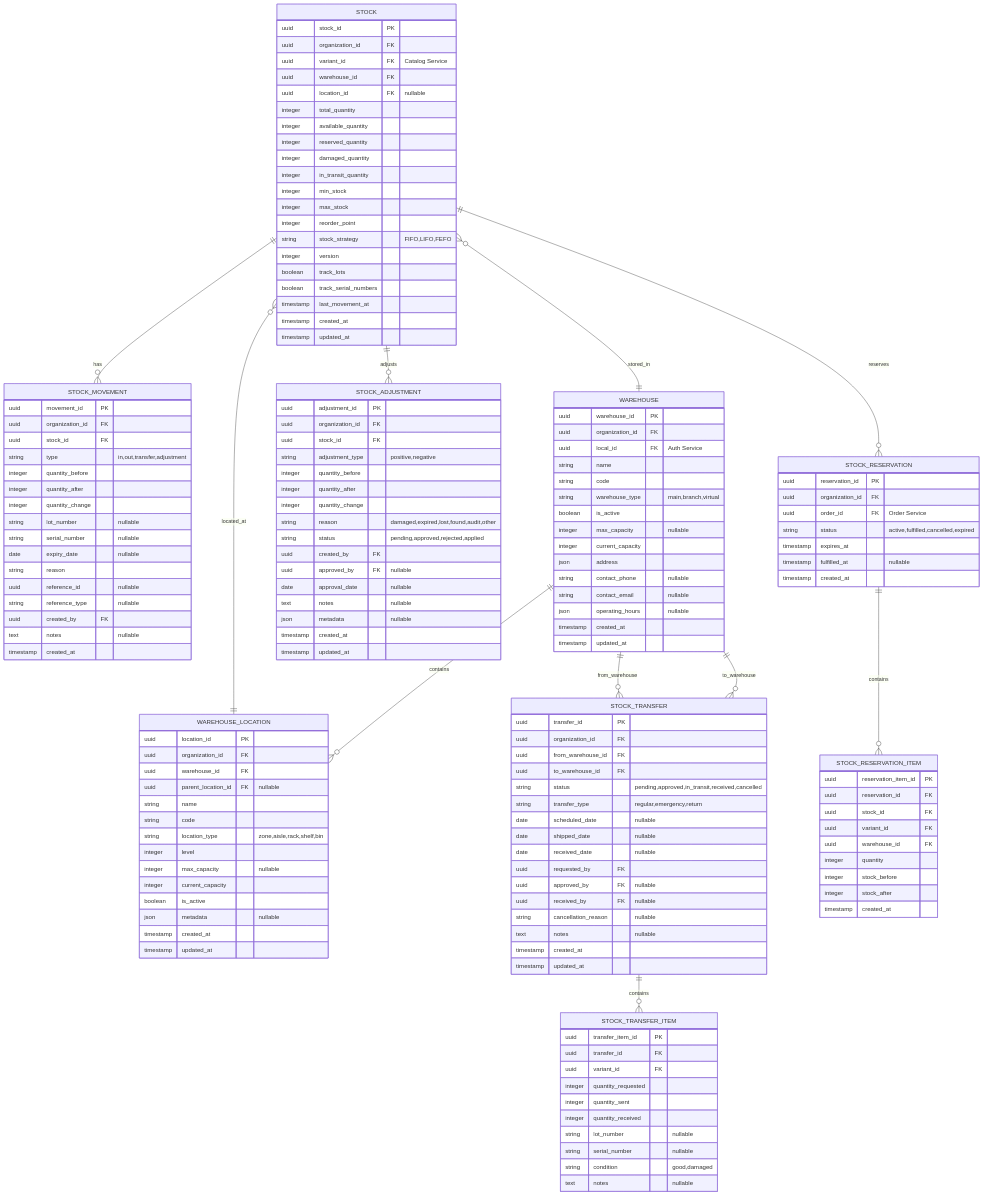
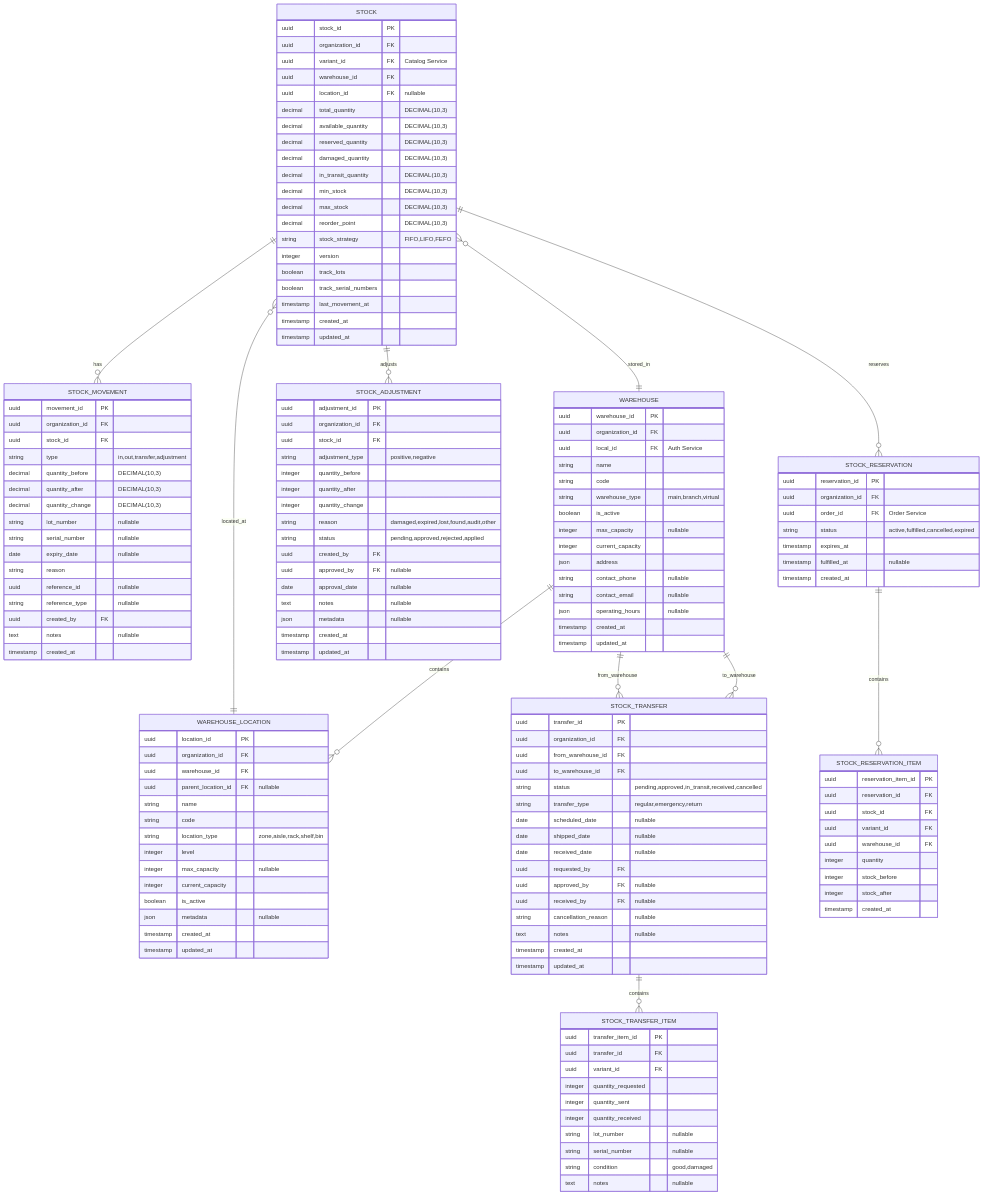
The diagram in documentacion/docs/02-microservicios/inventory-service/03-modelo-datos.md (captainsparrow10/zenlogic), drawn with Mermaid before and after one commit. The commit also changed other lines of this file and 48 other files, not shown here.

```diff
--- a/documentacion/docs/02-microservicios/inventory-service/03-modelo-datos.md
+++ b/documentacion/docs/02-microservicios/inventory-service/03-modelo-datos.md
@@ -27,14 +40,14 @@
         uuid variant_id FK "Catalog Service"
         uuid warehouse_id FK
         uuid location_id FK "nullable"
-        integer total_quantity
-        integer available_quantity
-        integer reserved_quantity
-        integer damaged_quantity
-        integer in_transit_quantity
-        integer min_stock
-        integer max_stock
-        integer reorder_point
+        decimal total_quantity "DECIMAL(10,3)"
+        decimal available_quantity "DECIMAL(10,3)"
+        decimal reserved_quantity "DECIMAL(10,3)"
+        decimal damaged_quantity "DECIMAL(10,3)"
+        decimal in_transit_quantity "DECIMAL(10,3)"
+        decimal min_stock "DECIMAL(10,3)"
+        decimal max_stock "DECIMAL(10,3)"
+        decimal reorder_point "DECIMAL(10,3)"
         string stock_strategy "FIFO,LIFO,FEFO"
         integer version
         boolean track_lots
@@ -49,9 +62,9 @@
         uuid organization_id FK
         uuid stock_id FK
         string type "in,out,transfer,adjustment"
-        integer quantity_before
-        integer quantity_after
-        integer quantity_change
+        decimal quantity_before "DECIMAL(10,3)"
+        decimal quantity_after "DECIMAL(10,3)"
+        decimal quantity_change "DECIMAL(10,3)"
         string lot_number "nullable"
         string serial_number "nullable"
         date expiry_date "nullable"
```
